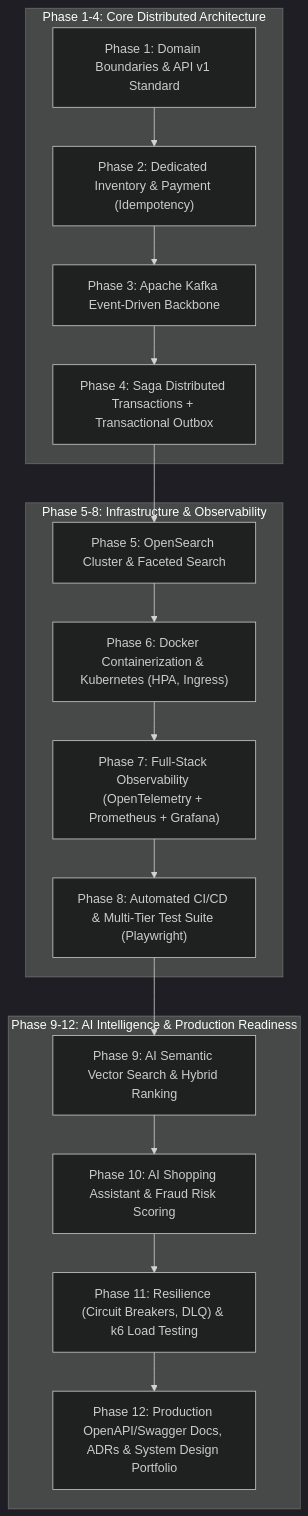
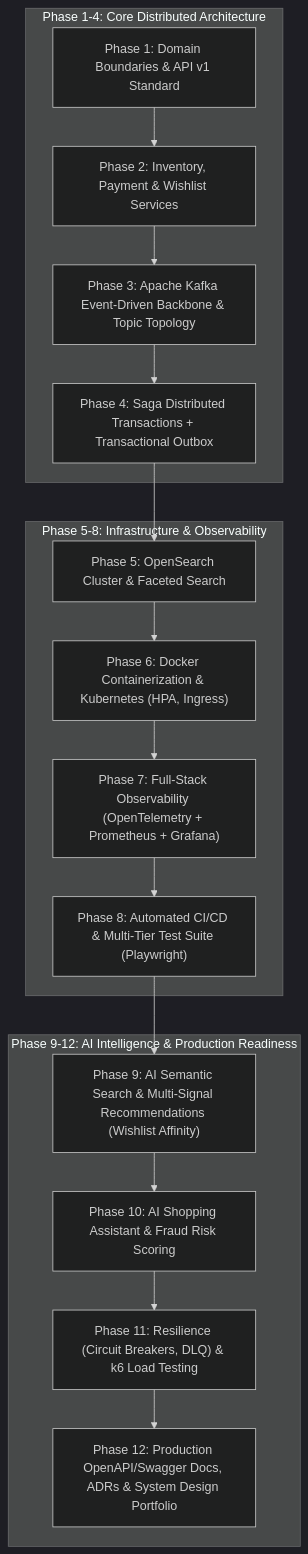
Before and after one commit to Next-Gen-Coder-2007/E-Commerce: diagram 16 of 16 in README.md, drawn with Mermaid (dark theme). The commit also changed other lines of this file, not shown here.

````diff
--- a/README.md
+++ b/README.md
@@ -660,22 +722,22 @@
 ```mermaid
 flowchart TD
     subgraph Foundation["Phase 1-4: Core Distributed Architecture"]
-        P1["Phase 1: Domain Boundaries & API v1 Standard"] --> P2["Phase 2: Dedicated Inventory & Payment (Idempotency)"]
-        P2 --> P3["Phase 3: Apache Kafka Event-Driven Backbone"]
+        P1["Phase 1: Domain Boundaries & API v1 Standard"] --> P2["Phase 2: Inventory, Payment & Wishlist Services"]
+        P2 --> P3["Phase 3: Apache Kafka Event-Driven Backbone & Topic Topology"]
         P3 --> P4["Phase 4: Saga Distributed Transactions + Transactional Outbox"]
     end
 
     subgraph ScaleInfrastructure["Phase 5-8: Infrastructure & Observability"]
         P4 --> P5["Phase 5: OpenSearch Cluster & Faceted Search"]
         P5 --> P6["Phase 6: Docker Containerization & Kubernetes (HPA, Ingress)"]
         P6 --> P7["Phase 7: Full-Stack Observability (OpenTelemetry + Prometheus + Grafana)"]
         P7 --> P8["Phase 8: Automated CI/CD & Multi-Tier Test Suite (Playwright)"]
     end
 
     subgraph IntelligenceResilience["Phase 9-12: AI Intelligence & Production Readiness"]
-        P8 --> P9["Phase 9: AI Semantic Vector Search & Hybrid Ranking"]
+        P8 --> P9["Phase 9: AI Semantic Search & Multi-Signal Recommendations (Wishlist Affinity)"]
         P9 --> P10["Phase 10: AI Shopping Assistant & Fraud Risk Scoring"]
         P10 --> P11["Phase 11: Resilience (Circuit Breakers, DLQ) & k6 Load Testing"]
         P11 --> P12["Phase 12: Production OpenAPI/Swagger Docs, ADRs & System Design Portfolio"]
     end
 ```
````
